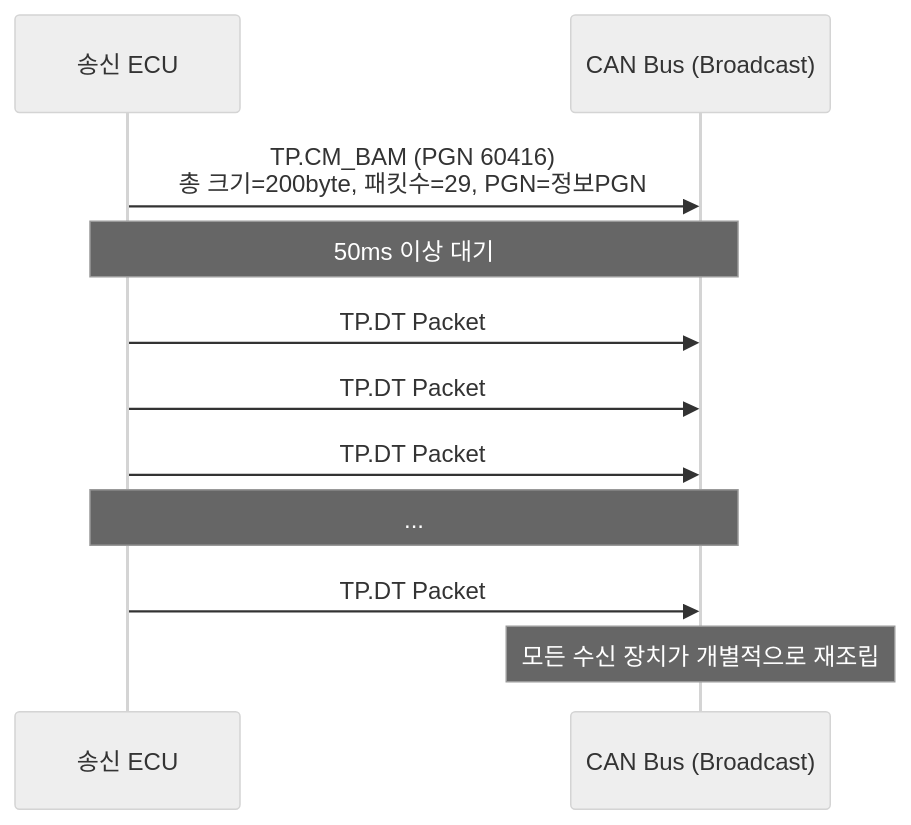
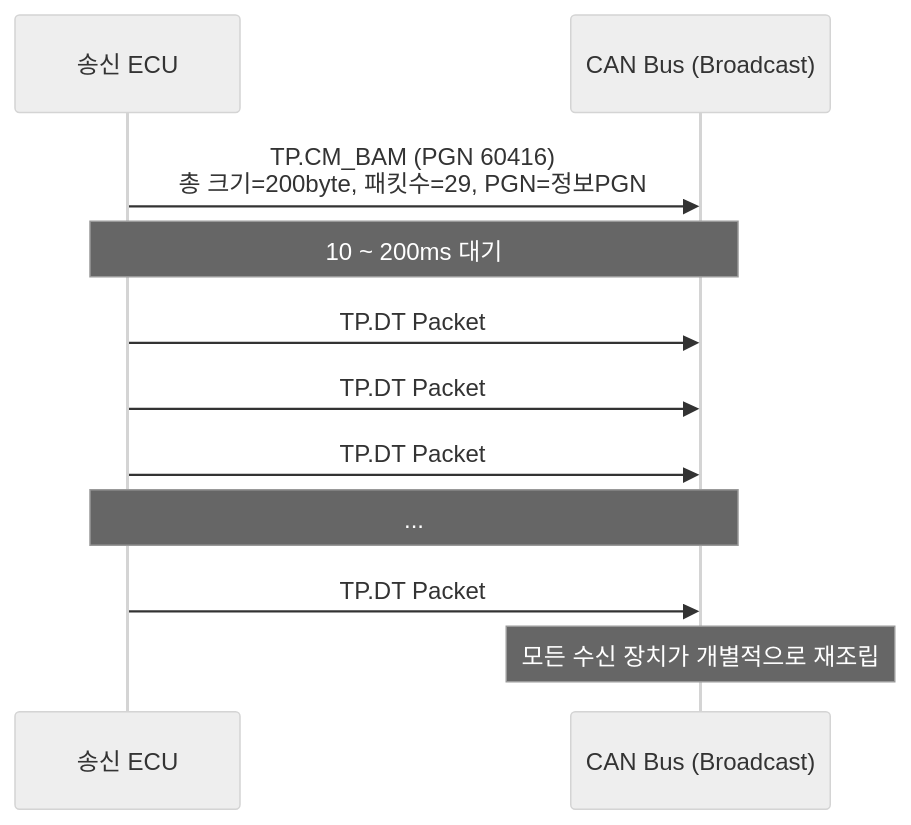
Before and after one commit to hobeen-kim/hobeen-kim.github.io: the second of 6 diagrams in docs/_study/isobus/11-j1939-transport.md, drawn with Mermaid (neutral theme). The commit also changed other lines of this file and 18 other files, not shown here.

````diff
--- a/docs/_study/isobus/11-j1939-transport.md
+++ b/docs/_study/isobus/11-j1939-transport.md
@@ -58,17 +58,17 @@
 ```mermaid
 sequenceDiagram
     participant TX as 송신 ECU
     participant BUS as CAN Bus (Broadcast)
 
     TX->>BUS: TP.CM_BAM (PGN 60416)<br>총 크기=200byte, 패킷수=29, PGN=정보PGN
 
-    Note over TX,BUS: 50ms 이상 대기
+    Note over TX,BUS: 10 ~ 200ms 대기
 
     TX->>BUS: TP.DT Packet #1 (Seq=1, 7byte)
     TX->>BUS: TP.DT Packet #2 (Seq=2, 7byte)
     TX->>BUS: TP.DT Packet #3 (Seq=3, 7byte)
     Note over TX,BUS: ...
     TX->>BUS: TP.DT Packet #N (Seq=N, 나머지)
 
     Note over BUS: 모든 수신 장치가 개별적으로 재조립
 ```
````
